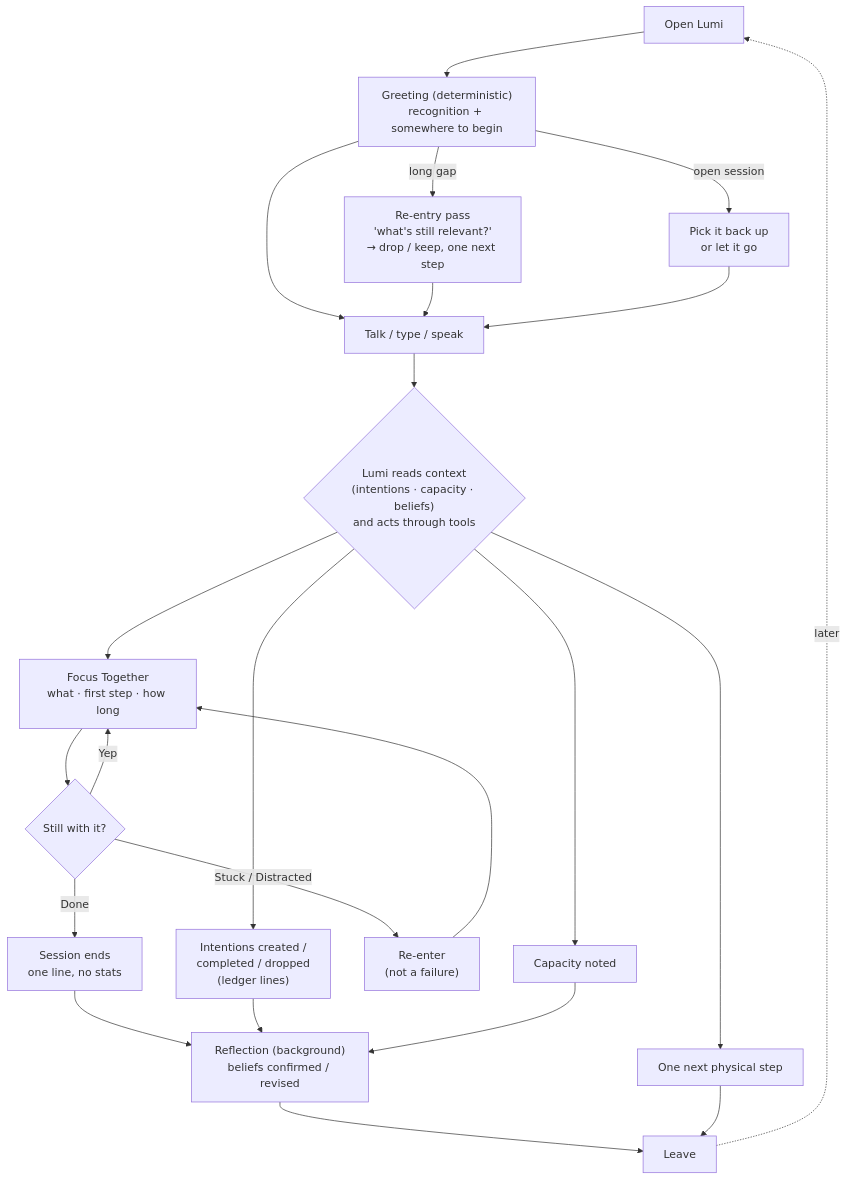
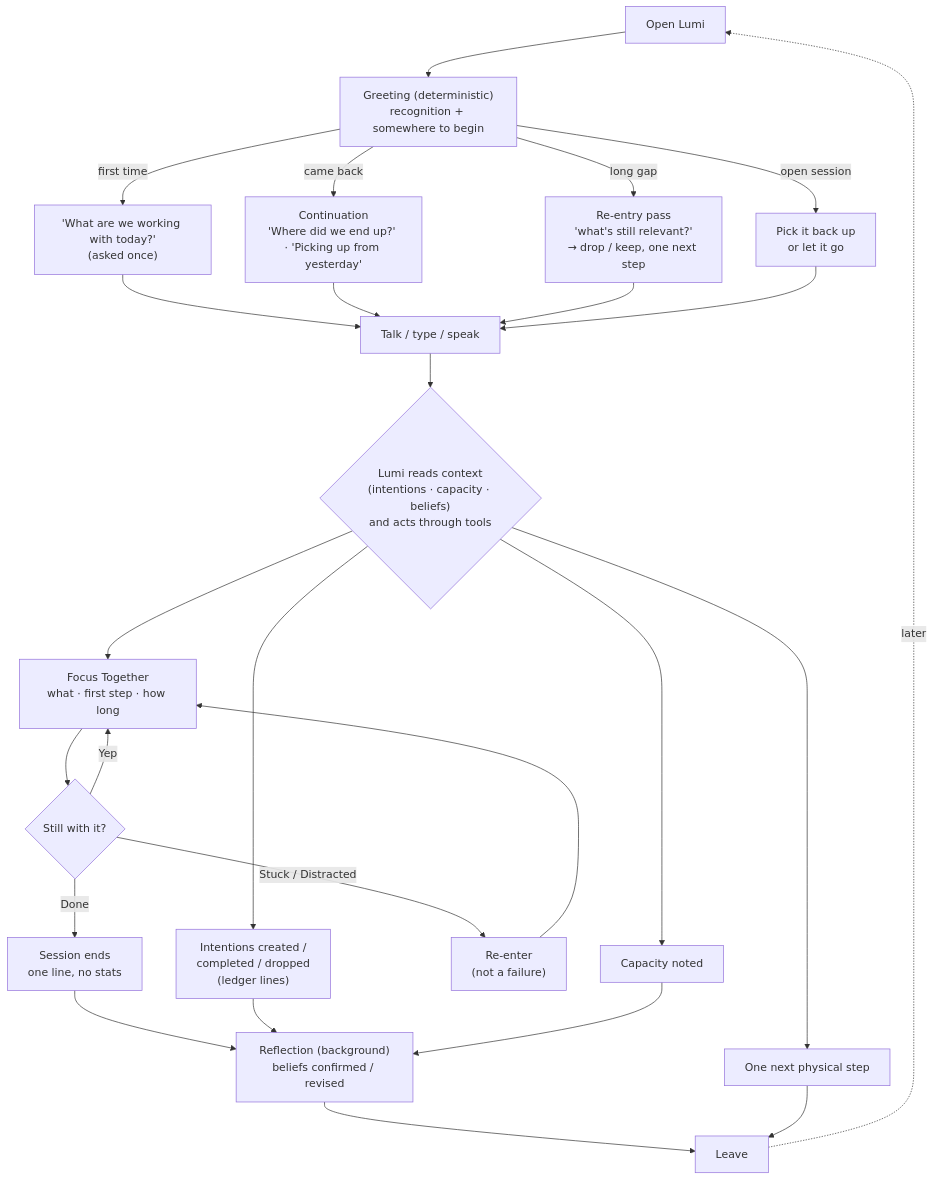
The diagram in docs/user-journey.md (chanteblais/Lumen), drawn with Mermaid before and after one commit. The commit also changed 9 other files, not shown here.

First line of the commit message:
ux(chat): the greeting asks its question once, then continues from where we were

````diff
--- a/docs/user-journey.md
+++ b/docs/user-journey.md
@@ -5,27 +5,30 @@
 ```mermaid
 flowchart TD
     OPEN["Open Lumi"] --> GREET["Greeting (deterministic)\nrecognition + somewhere to begin"]
     GREET -->|long gap| REENTRY["Re-entry pass\n'what's still relevant?'\n→ drop / keep, one next step"]
     GREET -->|open session| RESUME["Pick it back up\nor let it go"]
-    GREET --> TALK["Talk / type / speak"]
+    GREET -->|first time| ASK["'What are we working with today?'\n(asked once)"]
+    GREET -->|came back| CONT["Continuation\n'Where did we end up?' · 'Picking up from yesterday'"]
+    ASK --> TALK["Talk / type / speak"]
+    CONT --> TALK
     REENTRY --> TALK
     RESUME --> TALK
 
     TALK --> LUMI{"Lumi reads context\n(intentions · capacity · beliefs)\nand acts through tools"}
     LUMI --> INT["Intentions created /\ncompleted / dropped\n(ledger lines)"]
     LUMI --> CAP["Capacity noted"]
     LUMI --> STEP["One next physical step"]
     LUMI --> SESSION["Focus Together\nwhat · first step · how long"]
 
     SESSION --> CHECK{"Still with it?"}
     CHECK -->|Yep| SESSION
     CHECK -->|Stuck / Distracted| REENTER["Re-enter\n(not a failure)"] --> SESSION
     CHECK -->|Done| END["Session ends\none line, no stats"]
 
     END --> REFLECT["Reflection (background)\nbeliefs confirmed / revised"]
     INT --> REFLECT
     CAP --> REFLECT
     REFLECT --> LEAVE["Leave"]
     STEP --> LEAVE
     LEAVE -.->|later| OPEN
 ```
````
